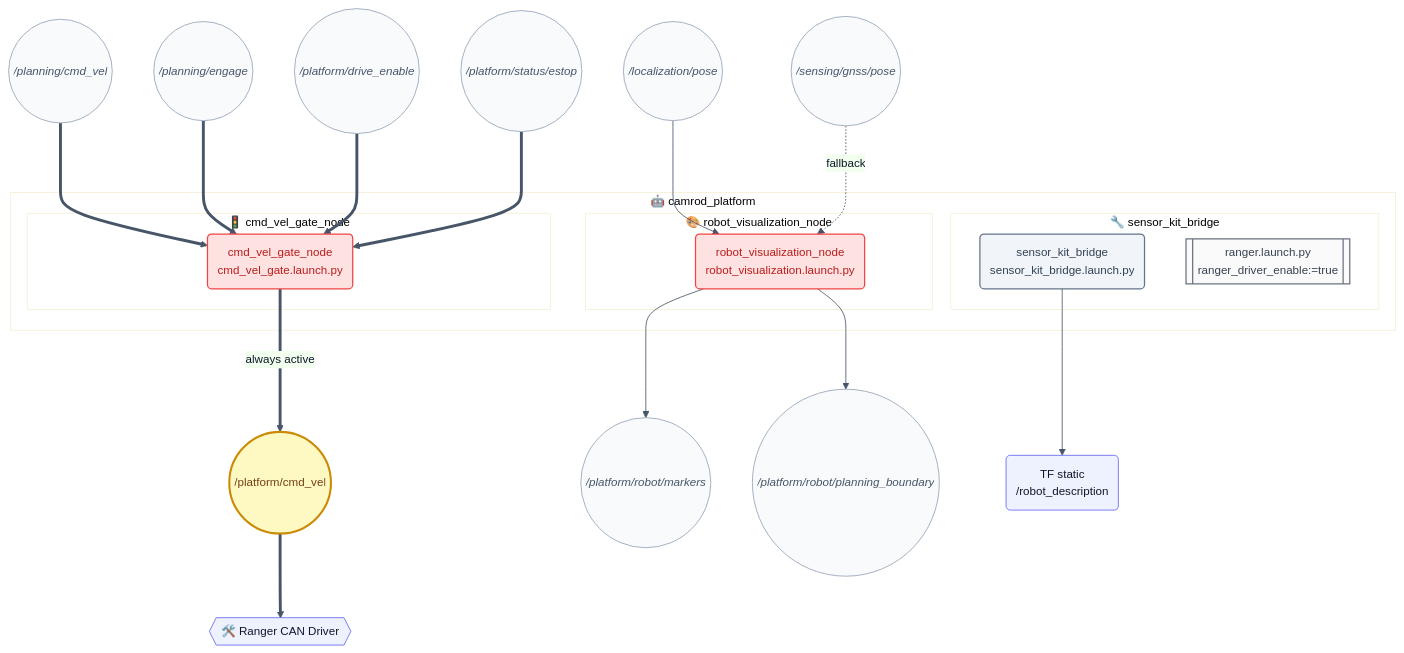
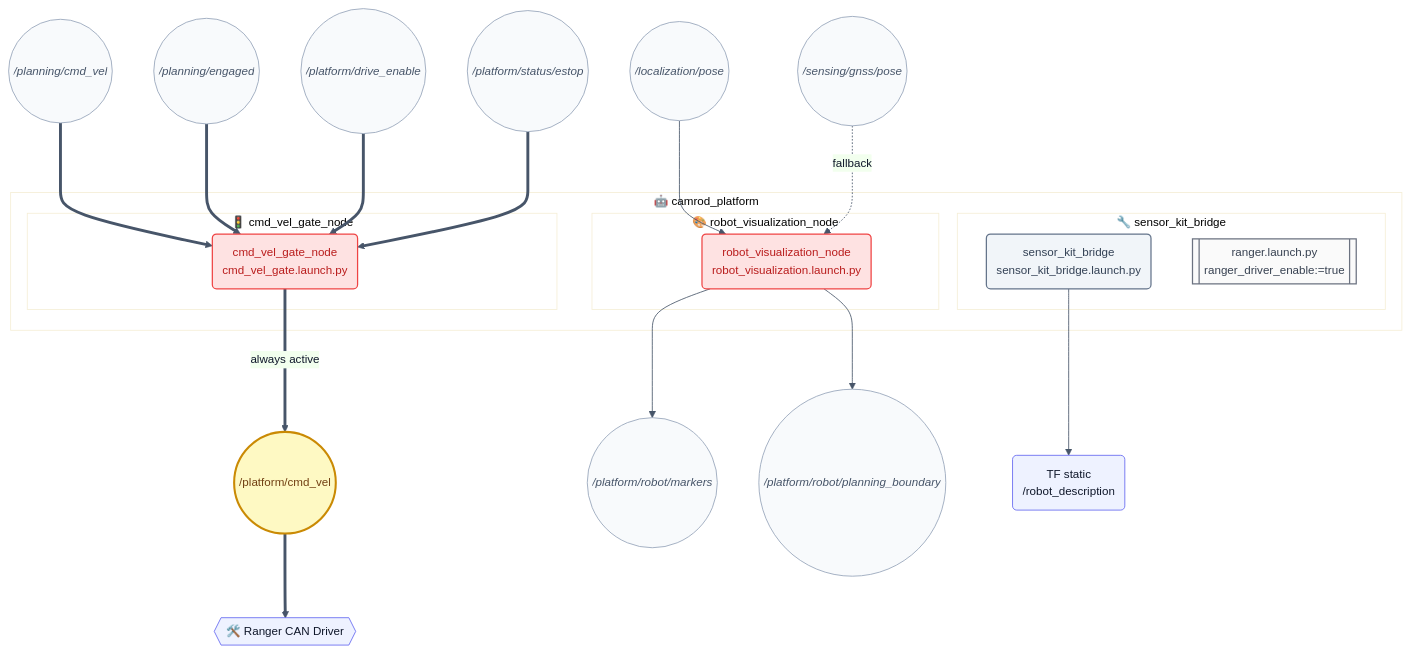
The second of 3 diagrams in camrod_platform/README.md (hwanhonglee/CAMROD), drawn with Mermaid before and after one commit. The commit also changed other lines of this file and 2 other files, not shown here.

````diff
--- a/camrod_platform/README.md
+++ b/camrod_platform/README.md
@@ -91,49 +91,49 @@
 ```mermaid
 %%{init: {'theme': 'base', 'themeVariables': {'fontFamily': 'ui-sans-serif, system-ui, sans-serif', 'fontSize': '14px', 'primaryColor': '#EEF2FF', 'primaryTextColor': '#0F172A', 'primaryBorderColor': '#6366F1', 'lineColor': '#475569'}, 'flowchart': {'curve': 'basis', 'htmlLabels': true, 'padding': 12}}}%%
 graph TD
   classDef sensing      fill:#ECFEFF,stroke:#06B6D4,stroke-width:1.5px,color:#0E7490;
   classDef localization fill:#ECFDF5,stroke:#10B981,stroke-width:1.5px,color:#047857;
   classDef planning     fill:#EEF2FF,stroke:#6366F1,stroke-width:1.5px,color:#4338CA;
   classDef platform     fill:#FEE2E2,stroke:#EF4444,stroke-width:1.5px,color:#B91C1C;
   classDef system       fill:#F1F5F9,stroke:#64748B,stroke-width:1.5px,color:#334155;
   classDef hardware     fill:#FAFAFA,stroke:#6B7280,stroke-width:1.5px,color:#374151;
   classDef highlight    fill:#FEF9C3,stroke:#CA8A04,stroke-width:2.5px,color:#713F12;
   classDef topic        fill:#F8FAFC,stroke:#94A3B8,stroke-width:1px,color:#475569,font-style:italic;
 
   PLAN_IN((/planning/cmd_vel)) ==> GATE
-  ENGAGE((/planning/engage)) ==> GATE
+  ENGAGE((/planning/engaged)) ==> GATE
   DRIVE_EN((/platform/drive_enable)) ==> GATE
   ESTOP((/platform/status/estop)) ==> GATE
 
   subgraph PLAT_PKG [🤖 camrod_platform]
     subgraph GATE_SG [🚦 cmd_vel_gate_node]
       GATE(cmd_vel_gate_node\ncmd_vel_gate.launch.py)
     end
 
     subgraph VIZ_SG [🎨 robot_visualization_node]
       VIZ(robot_visualization_node\nrobot_visualization.launch.py)
     end
 
     subgraph BRIDGE_SG [🔧 sensor_kit_bridge]
       BRIDGE(sensor_kit_bridge\nsensor_kit_bridge.launch.py)
       RANGER[[ranger.launch.py\nranger_driver_enable:=true]]
     end
   end
 
   GATE ==>|always active| CMDVEL_OUT((/platform/cmd_vel))
   CMDVEL_OUT ==> HW{{🛠️ Ranger CAN Driver}}
 
   LOCPOSE((/localization/pose)) --> VIZ
   GNSSPOSE((/sensing/gnss/pose)) -.->|fallback| VIZ
   VIZ --> MARKERS((/platform/robot/markers))
   VIZ --> BOUNDARY((/platform/robot/planning_boundary))
 
   BRIDGE --> TF(TF static\n/robot_description)
 
   class GATE platform
   class VIZ platform
   class BRIDGE system
   class RANGER hardware
   class CMDVEL_OUT highlight
   class PLAN_IN,ENGAGE,DRIVE_EN,ESTOP,LOCPOSE,GNSSPOSE,MARKERS,BOUNDARY topic
 ```
````
